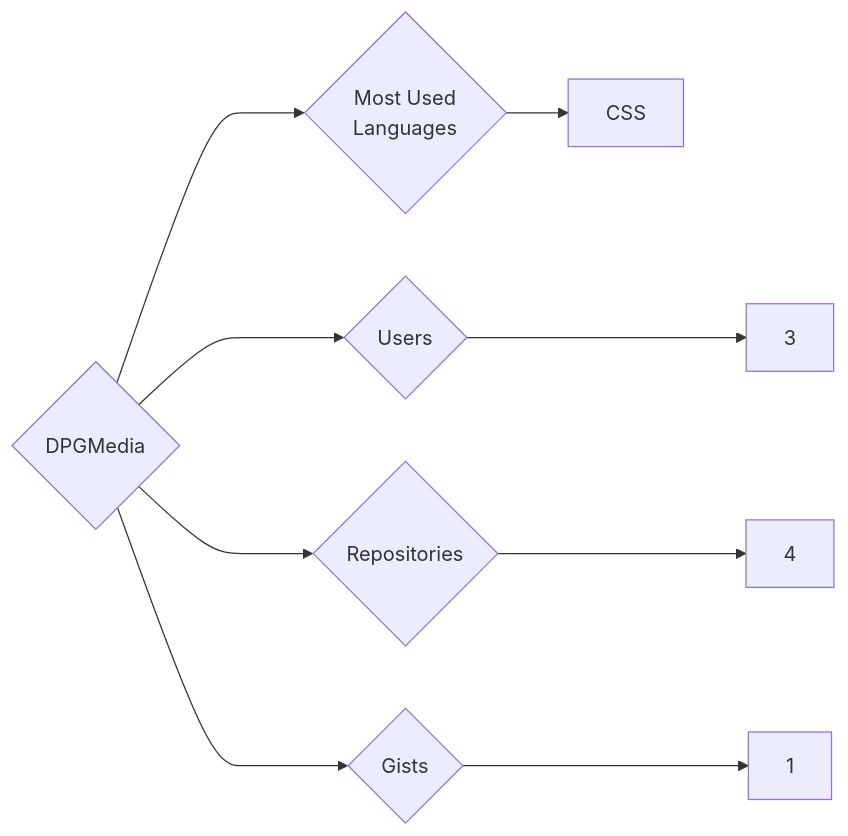
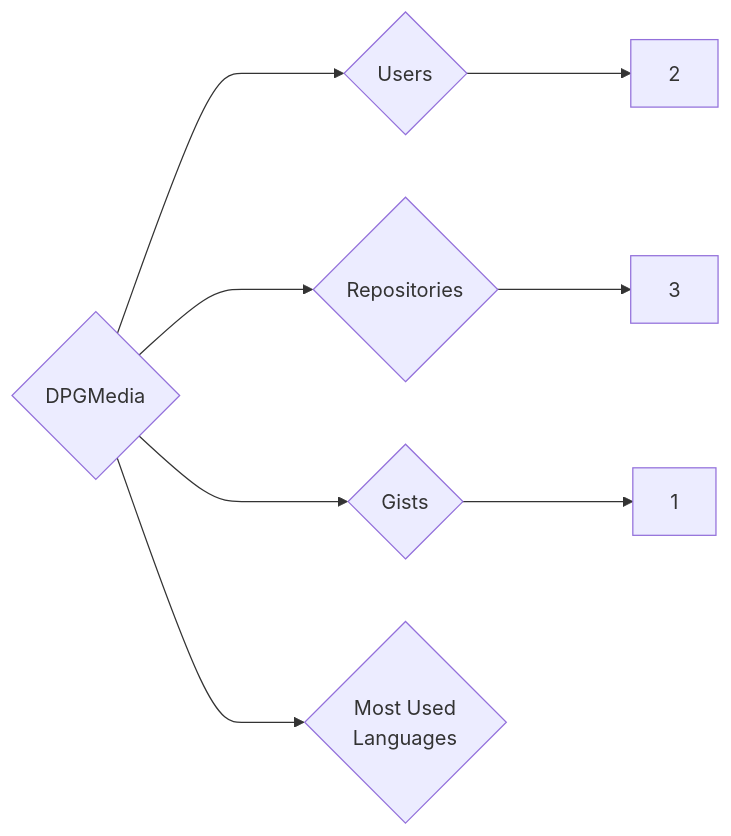
The diagram in targets/DPGMedia/README.md (trickest/insiders), drawn with Mermaid before and after one commit. The commit also changed 985 other files, not shown here.

````diff
--- a/targets/DPGMedia/README.md
+++ b/targets/DPGMedia/README.md
@@ -3,9 +3,8 @@
 ```mermaid
 graph LR
 COMPANY_NAME{DPGMedia}
-COMPANY_NAME ---> U{Users} ---> UN[3]
-COMPANY_NAME ---> R{Repositories} ---> RN[4]
+COMPANY_NAME ---> U{Users} ---> UN[2]
+COMPANY_NAME ---> R{Repositories} ---> RN[3]
 COMPANY_NAME ---> G{Gists} ---> GN[1]
 COMPANY_NAME ---> ML{Most Used<br>Languages}
-ML --> CSS[CSS]
 ```
````
